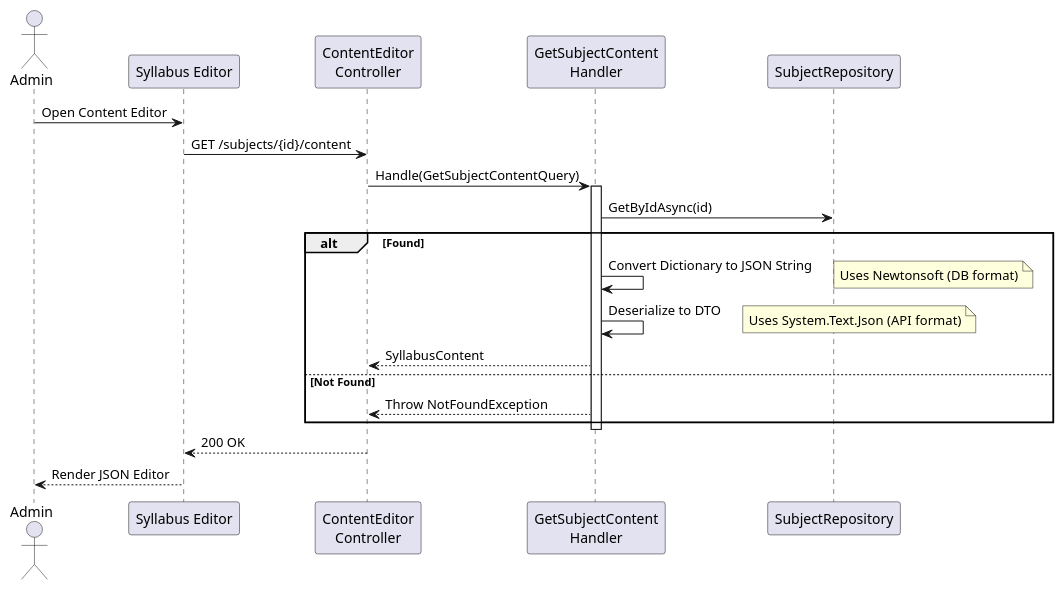
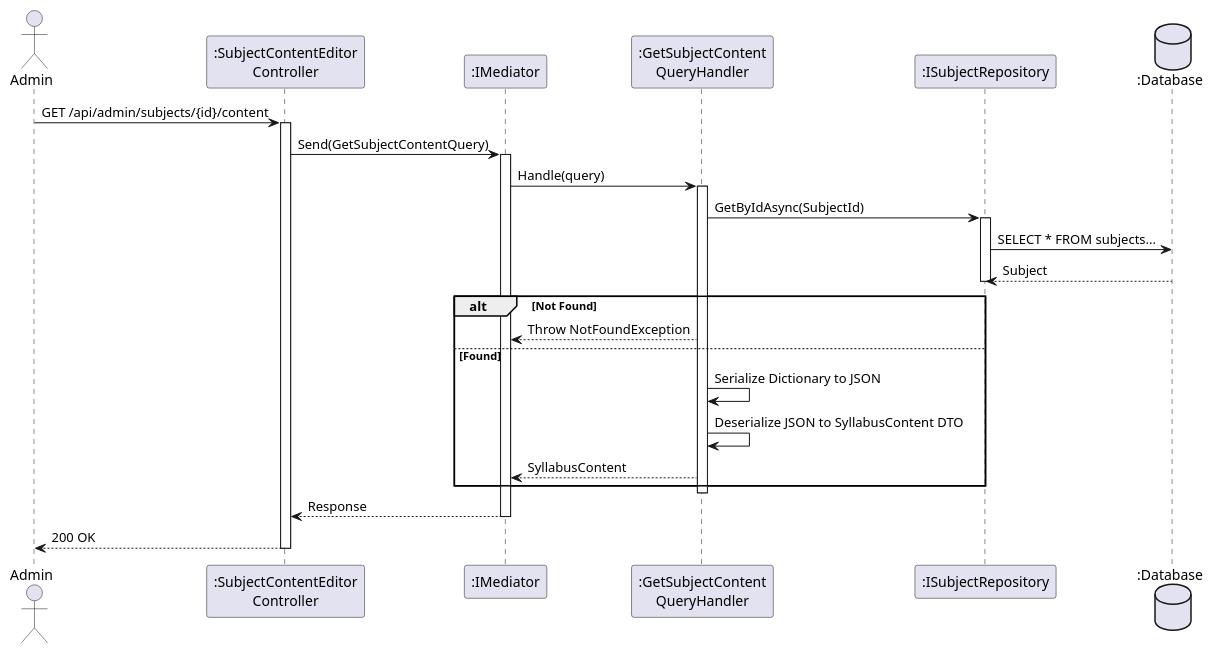
Before and after one commit to FA25SE050-RogueLearn/RogueLearn.BMAD.Documentation: the diagram in docs/srs/diagrams/sequence-diagram/admin-content-subject/get-subject-content-seq.puml, drawn with PlantUML. The commit also changed other lines of this file and 21 other files, not shown here.

```diff
--- a/docs/srs/diagrams/sequence-diagram/admin-content-subject/get-subject-content-seq.puml
+++ b/docs/srs/diagrams/sequence-diagram/admin-content-subject/get-subject-content-seq.puml
@@ -2,30 +1,39 @@
 @startuml
 actor Admin
-participant "Syllabus Editor" as UI
-participant "ContentEditor\nController" as Controller
-participant "GetSubjectContent\nHandler" as Handler
-participant "SubjectRepository" as DB
+participant ":SubjectContentEditor\nController" as Controller
+participant ":IMediator" as Med
+participant ":GetSubjectContent\nQueryHandler" as Handler
+participant ":ISubjectRepository" as Repo
+database ":Database" as DB
 
-Admin -> UI : Open Content Editor
-UI -> Controller : GET /subjects/{id}/content
-Controller -> Handler : Handle(GetSubjectContentQuery)
+Admin -> Controller : GET /api/admin/subjects/{id}/content
+activate Controller
 
+Controller -> Med : Send(GetSubjectContentQuery)
+activate Med
+
+Med -> Handler : Handle(query)
 activate Handler
-    Handler -> DB : GetByIdAsync(id)
+
+Handler -> Repo : GetByIdAsync(SubjectId)
+activate Repo
+Repo -> DB : SELECT * FROM subjects...
+DB --> Repo : Subject
+deactivate Repo
+
+alt Not Found
+    Handler --> Med : Throw NotFoundException
+else Found
+    Handler -> Handler : Serialize Dictionary to JSON
+    Handler -> Handler : Deserialize JSON to SyllabusContent DTO
     
-    alt Found
-        Handler -> Handler : Convert Dictionary to JSON String
-        note right: Uses Newtonsoft (DB format)
-        
-        Handler -> Handler : Deserialize to DTO
-        note right: Uses System.Text.Json (API format)
-        
-        Handler --> Controller : SyllabusContent
-    else Not Found
-        Handler --> Controller : Throw NotFoundException
-    end
+    Handler --> Med : SyllabusContent
+end
+
 deactivate Handler
+Med --> Controller : Response
+deactivate Med
 
-Controller --> UI : 200 OK
-UI --> Admin : Render JSON Editor
+Controller --> Admin : 200 OK
+deactivate Controller
 @enduml
```
